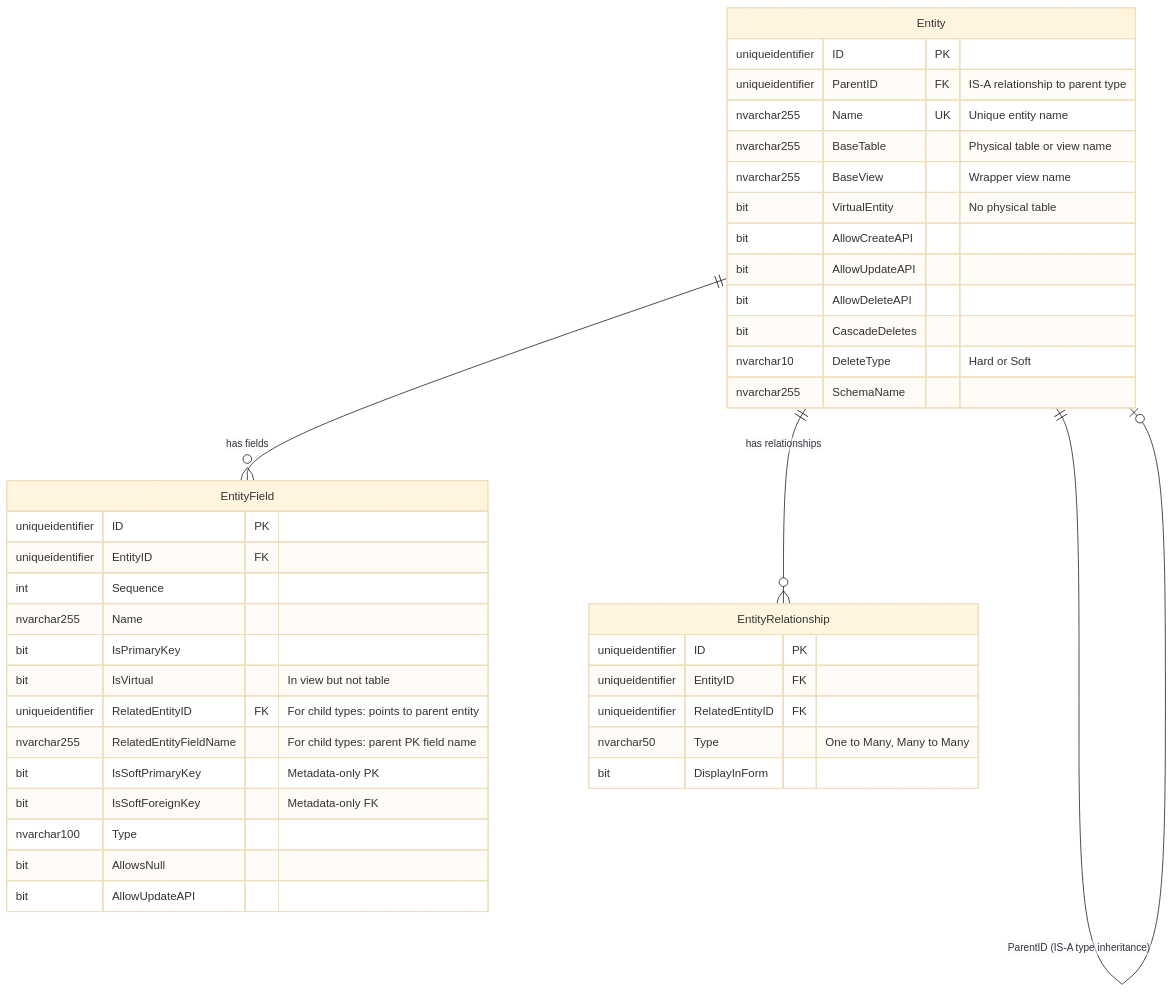
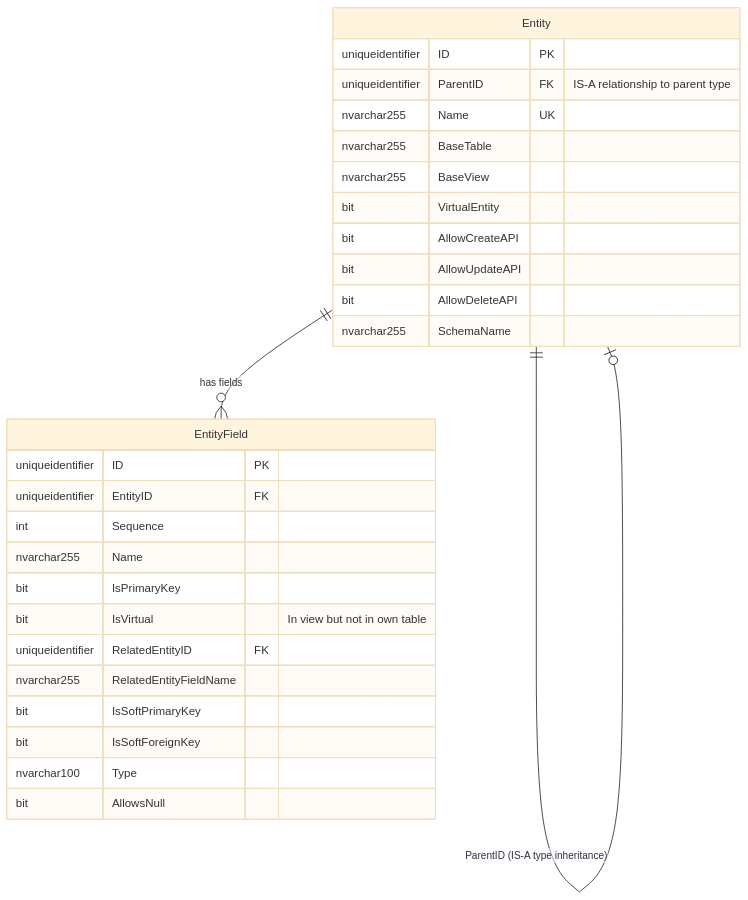
The third of 13 diagrams in plans/entity-system-enhancements-virtual-and-supertype.md (MemberJunction/MJ), drawn with Mermaid (base theme) before and after one commit. The commit also changed other lines of this file, not shown here.

First line of the commit message:
docs: rewrite virtual entities & IS-A type modeling plan with refined architecture

````diff
--- a/plans/entity-system-enhancements-virtual-and-supertype.md
+++ b/plans/entity-system-enhancements-virtual-and-supertype.md
@@ -595,45 +359,33 @@
 ```mermaid
 erDiagram
     Entity {
         uniqueidentifier ID PK
         uniqueidentifier ParentID FK "IS-A relationship to parent type"
-        nvarchar255 Name UK "Unique entity name"
-        nvarchar255 BaseTable "Physical table or view name"
-        nvarchar255 BaseView "Wrapper view name"
-        bit VirtualEntity "No physical table"
+        nvarchar255 Name UK
+        nvarchar255 BaseTable
+        nvarchar255 BaseView
+        bit VirtualEntity
         bit AllowCreateAPI
         bit AllowUpdateAPI
         bit AllowDeleteAPI
-        bit CascadeDeletes
-        nvarchar10 DeleteType "Hard or Soft"
         nvarchar255 SchemaName
     }
 
     EntityField {
         uniqueidentifier ID PK
         uniqueidentifier EntityID FK
         int Sequence
         nvarchar255 Name
         bit IsPrimaryKey
-        bit IsVirtual "In view but not table"
-        uniqueidentifier RelatedEntityID FK "For child types: points to parent entity"
-        nvarchar255 RelatedEntityFieldName "For child types: parent PK field name"
-        bit IsSoftPrimaryKey "Metadata-only PK"
-        bit IsSoftForeignKey "Metadata-only FK"
+        bit IsVirtual "In view but not in own table"
+        uniqueidentifier RelatedEntityID FK
+        nvarchar255 RelatedEntityFieldName
+        bit IsSoftPrimaryKey
+        bit IsSoftForeignKey
         nvarchar100 Type
         bit AllowsNull
-        bit AllowUpdateAPI
-    }
-
-    EntityRelationship {
-        uniqueidentifier ID PK
-        uniqueidentifier EntityID FK
-        uniqueidentifier RelatedEntityID FK
-        nvarchar50 Type "One to Many, Many to Many"
-        bit DisplayInForm
     }
 
     Entity ||--o| Entity : "ParentID (IS-A type inheritance)"
     Entity ||--o{ EntityField : "has fields"
-    Entity ||--o{ EntityRelationship : "has relationships"
 ```
````
